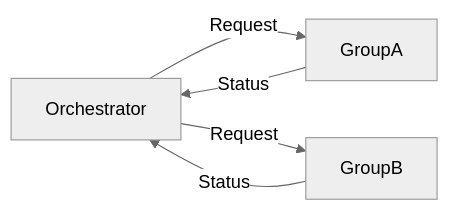
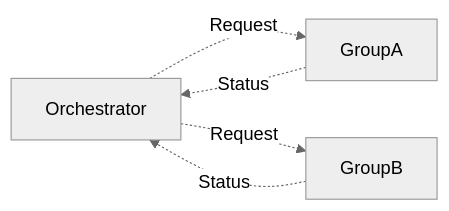
The diagram in coordination/orchestrator/README.md (benwheeler/org-patterns), drawn with Mermaid (neutral theme) before and after one commit. The commit also changed 1 other file, not shown here.

Commit message:
Updated some diagram link styles

````diff
--- a/coordination/orchestrator/README.md
+++ b/coordination/orchestrator/README.md
@@ -6,7 +6,7 @@
 ```mermaid
 flowchart LR
-    Orchestrator -->|Request| GroupA
-    GroupA -->|Status| Orchestrator
-    Orchestrator -->|Request| GroupB
-    GroupB -->|Status| Orchestrator
+    Orchestrator -.->|Request| GroupA
+    GroupA -.->|Status| Orchestrator
+    Orchestrator -.->|Request| GroupB
+    GroupB -.->|Status| Orchestrator
 ```
````
